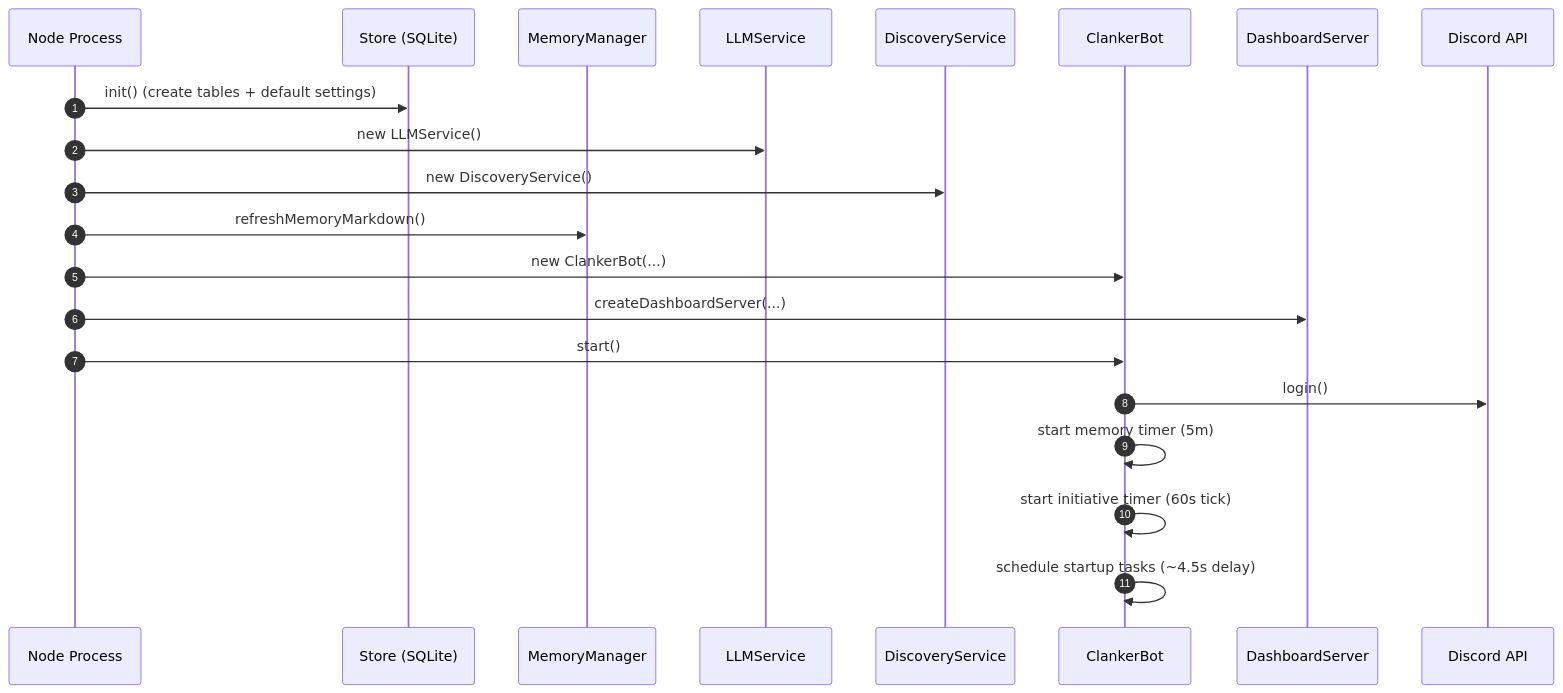
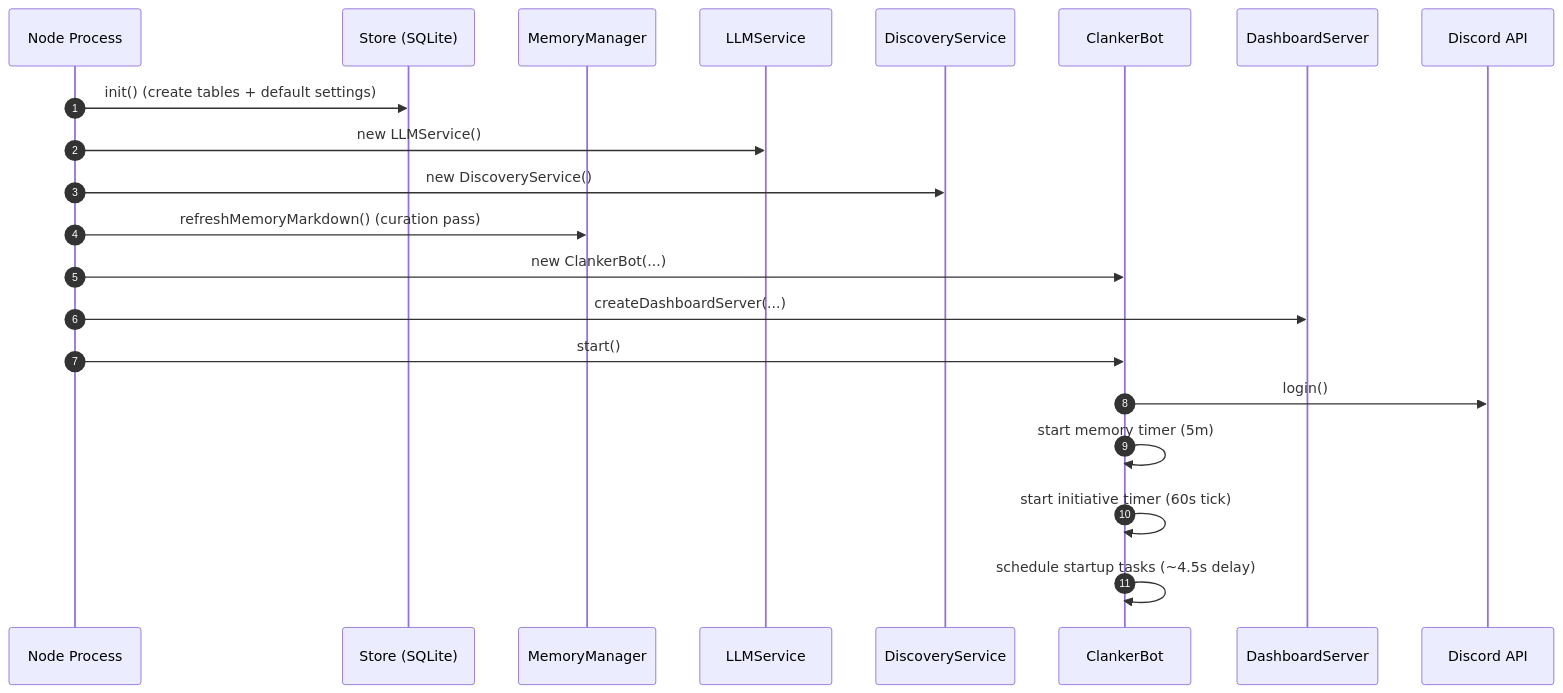
One commit to Volpestyle/clanker_conk changed the first of 5 diagrams in docs/technical-architecture.md. Above: the diagram before and after it, drawn with Mermaid. The commit also changed other lines of this file and 3 other files, not shown here.

````diff
--- a/docs/technical-architecture.md
+++ b/docs/technical-architecture.md
@@ -27,24 +28,24 @@
 ```mermaid
 sequenceDiagram
     autonumber
     participant Proc as Node Process
     participant Store as Store (SQLite)
     participant Memory as MemoryManager
     participant LLM as LLMService
     participant Disc as DiscoveryService
     participant Bot as ClankerBot
     participant Dash as DashboardServer
     participant Discord as Discord API
 
     Proc->>Store: init() (create tables + default settings)
     Proc->>LLM: new LLMService()
     Proc->>Disc: new DiscoveryService()
-    Proc->>Memory: refreshMemoryMarkdown()
+    Proc->>Memory: refreshMemoryMarkdown() (curation pass)
     Proc->>Bot: new ClankerBot(...)
     Proc->>Dash: createDashboardServer(...)
     Proc->>Bot: start()
     Bot->>Discord: login()
     Bot->>Bot: start memory timer (5m)
     Bot->>Bot: start initiative timer (60s tick)
     Bot->>Bot: schedule startup tasks (~4.5s delay)
 ```
````
